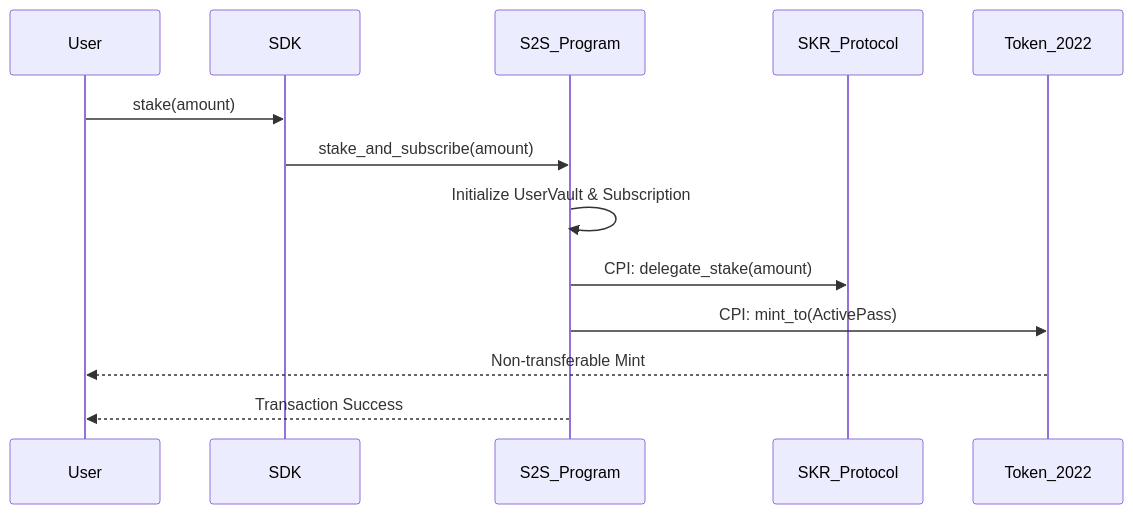
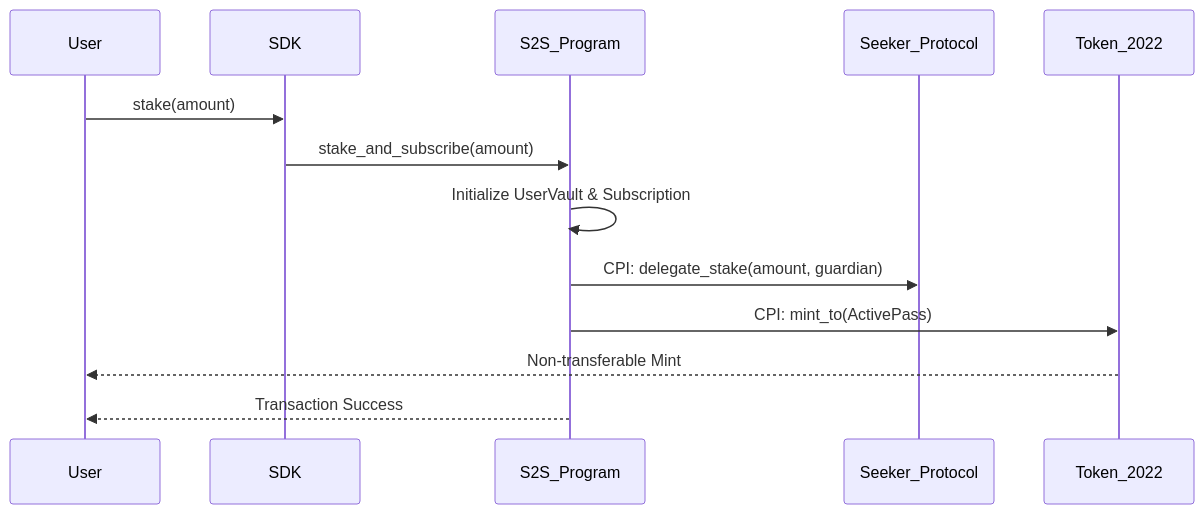
Before and after one commit to RYthaGOD/S2S-kit: the first of 2 diagrams in README.md, drawn with Mermaid. The commit also changed other lines of this file and 1 other file, not shown here.

````diff
--- a/README.md
+++ b/README.md
@@ -15,16 +15,16 @@
 ```mermaid
 sequenceDiagram
     participant User
     participant SDK
     participant S2S_Program
-    participant SKR_Protocol
+    participant Seeker_Protocol
     participant Token_2022
 
     User->>SDK: stake(amount)
     SDK->>S2S_Program: stake_and_subscribe(amount)
     S2S_Program->>S2S_Program: Initialize UserVault & Subscription
-    S2S_Program->>SKR_Protocol: CPI: delegate_stake(amount)
+    S2S_Program->>Seeker_Protocol: CPI: delegate_stake(amount, guardian)
     S2S_Program->>Token_2022: CPI: mint_to(ActivePass)
     Token_2022-->>User: Non-transferable Mint
     S2S_Program-->>User: Transaction Success
 ```
````
